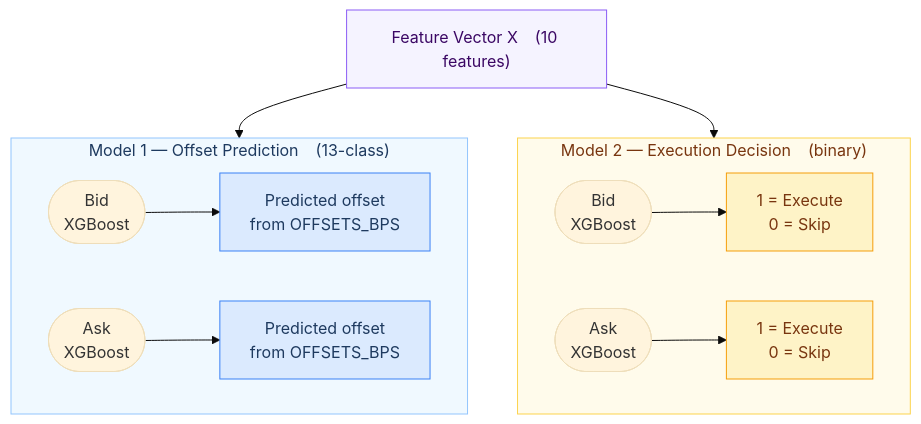
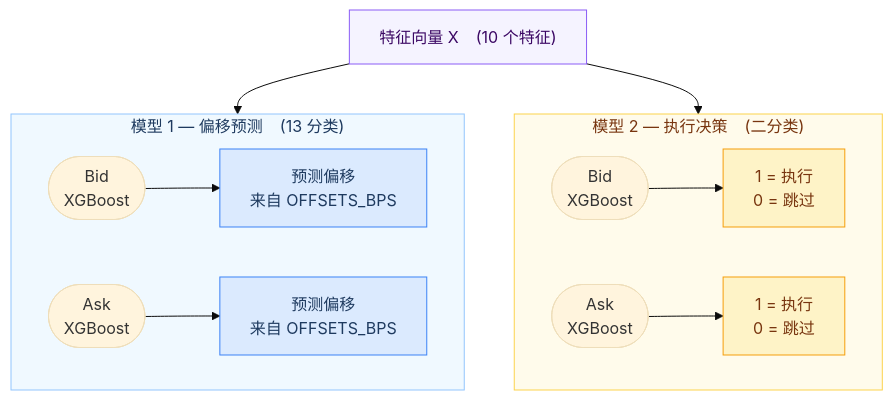
Before and after one commit to 1143051639Luke/Project-Market_Maker_Strategy-XGBoost: the third of 5 diagrams in README.md, drawn with Mermaid (base theme). The commit also changed other lines of this file and 1 other file, not shown here.

````diff
--- a/README.md
+++ b/README.md
@@ -187,27 +193,27 @@
 ```mermaid
 flowchart TB
-    X["Feature Vector X &ensp; (10 features)"]
+    X["特征向量 X &ensp; (10 个特征)"]
 
-    subgraph M1 ["&ensp; Model 1 &mdash; Offset Prediction &ensp; (13-class) &ensp;"]
+    subgraph M1 ["&ensp; 模型 1 &mdash; 偏移预测 &ensp; (13 分类) &ensp;"]
         direction LR
-        BID1(["Bid\nXGBoost"]) --> OFF1["Predicted offset\nfrom OFFSETS_BPS"]
-        ASK1(["Ask\nXGBoost"]) --> OFF2["Predicted offset\nfrom OFFSETS_BPS"]
+        BID1(["Bid\nXGBoost"]) --> OFF1["预测偏移\n来自 OFFSETS_BPS"]
+        ASK1(["Ask\nXGBoost"]) --> OFF2["预测偏移\n来自 OFFSETS_BPS"]
     end
 
-    subgraph M2 ["&ensp; Model 2 &mdash; Execution Decision &ensp; (binary) &ensp;"]
+    subgraph M2 ["&ensp; 模型 2 &mdash; 执行决策 &ensp; (二分类) &ensp;"]
         direction LR
-        BID2(["Bid\nXGBoost"]) --> DEC1["1 = Execute\n0 = Skip"]
-        ASK2(["Ask\nXGBoost"]) --> DEC2["1 = Execute\n0 = Skip"]
+        BID2(["Bid\nXGBoost"]) --> DEC1["1 = 执行\n0 = 跳过"]
+        ASK2(["Ask\nXGBoost"]) --> DEC2["1 = 执行\n0 = 跳过"]
     end
 
     X --> M1
     X --> M2
 
     style X fill:#f5f3ff,stroke:#8b5cf6,color:#3b0764
     style M1 fill:#f0f9ff,stroke:#93c5fd,color:#1e3a5f
     style M2 fill:#fffbeb,stroke:#fcd34d,color:#78350f
     style OFF1 fill:#dbeafe,stroke:#3b82f6,color:#1e3a5f
     style OFF2 fill:#dbeafe,stroke:#3b82f6,color:#1e3a5f
     style DEC1 fill:#fef3c7,stroke:#f59e0b,color:#78350f
     style DEC2 fill:#fef3c7,stroke:#f59e0b,color:#78350f
 ```
````
